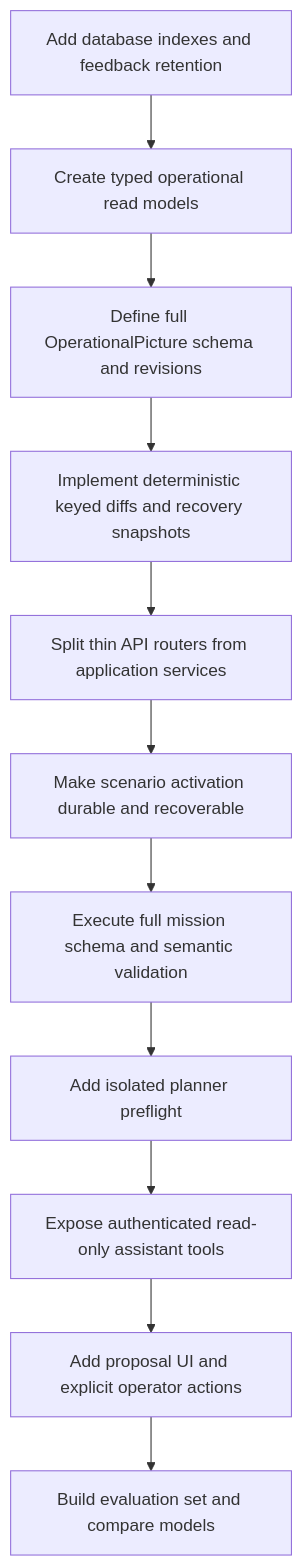
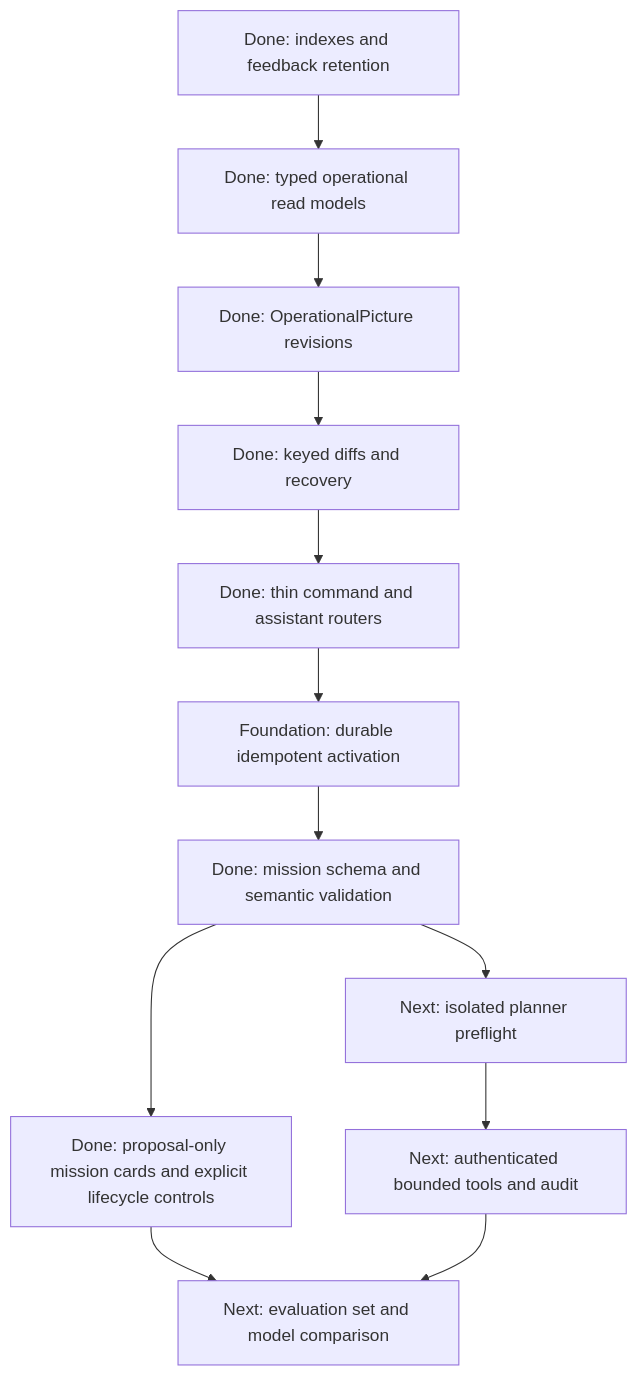
One commit to LEBaz2211/C2_imugs2 changed the second of 2 diagrams in docs/LLM_ASSISTANT_CONTEXT_ARCHITECTURE.md. Above: the diagram before and after it, drawn with Mermaid. The commit also changed other lines of this file and 93 other files, not shown here.

First line of the commit message:
Add comprehensive tests for mission schema validation, Mongo maintenance, and operational context

````diff
--- a/docs/LLM_ASSISTANT_CONTEXT_ARCHITECTURE.md
+++ b/docs/LLM_ASSISTANT_CONTEXT_ARCHITECTURE.md
@@ -357,13 +595,14 @@
 ```mermaid
 flowchart TD
-    A[Add database indexes and feedback retention] --> B[Create typed operational read models]
-    B --> C[Define full OperationalPicture schema and revisions]
-    C --> D[Implement deterministic keyed diffs and recovery snapshots]
-    D --> E[Split thin API routers from application services]
-    E --> F[Make scenario activation durable and recoverable]
-    F --> G[Execute full mission schema and semantic validation]
-    G --> H[Add isolated planner preflight]
-    H --> I[Expose authenticated read-only assistant tools]
-    I --> J[Add proposal UI and explicit operator actions]
-    J --> K[Build evaluation set and compare models]
+    A[Done: indexes and feedback retention] --> B[Done: typed operational read models]
+    B --> C[Done: OperationalPicture revisions]
+    C --> D[Done: keyed diffs and recovery]
+    D --> E[Done: thin command and assistant routers]
+    E --> F[Foundation: durable idempotent activation]
+    F --> G[Done: mission schema and semantic validation]
+    G --> J[Done: proposal-only mission cards and explicit lifecycle controls]
+    G --> H[Next: isolated planner preflight]
+    H --> I[Next: authenticated bounded tools and audit]
+    J --> K[Next: evaluation set and model comparison]
+    I --> K
 ```
````
